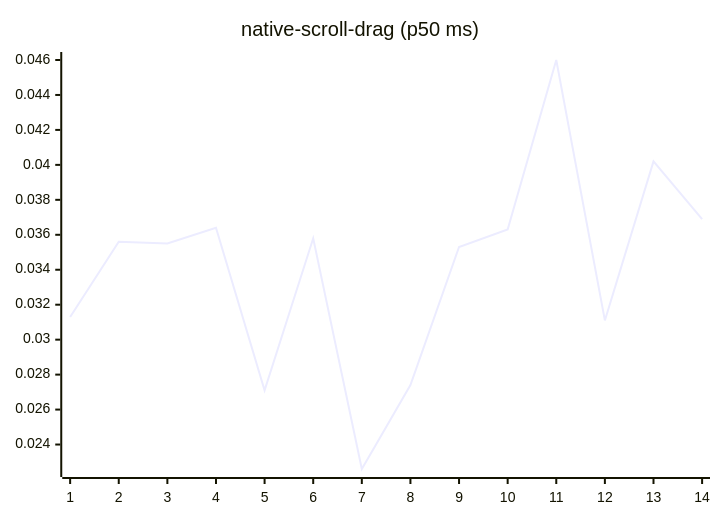
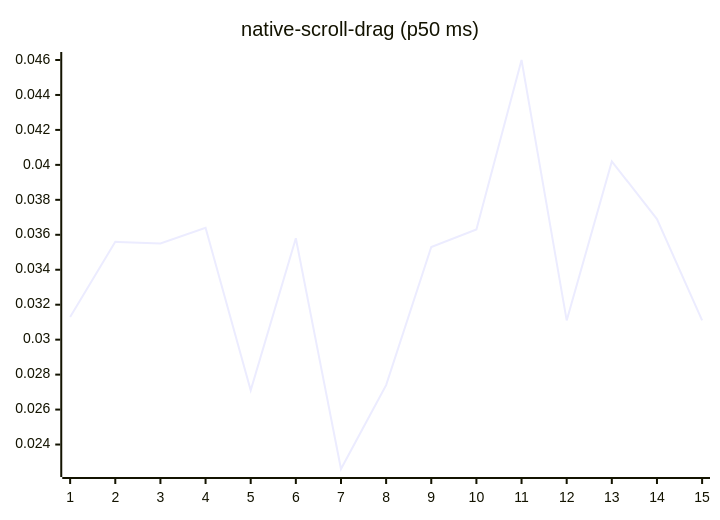
Before and after one commit to josha/Facet: diagram 14 of 27 in README.md, drawn with Mermaid. The commit also changed other lines of this file and 2 other files, not shown here.

````diff
--- a/README.md
+++ b/README.md
@@ -154,6 +154,6 @@
 ```mermaid
 xychart-beta
     title "native-scroll-drag (p50 ms)"
-    x-axis 1 --> 14
-    line [0.0313, 0.0356, 0.0355, 0.0364, 0.0271, 0.0358, 0.0226, 0.0274, 0.0353, 0.0363, 0.0460, 0.0311, 0.0402, 0.0369]
+    x-axis 1 --> 15
+    line [0.0313, 0.0356, 0.0355, 0.0364, 0.0271, 0.0358, 0.0226, 0.0274, 0.0353, 0.0363, 0.0460, 0.0311, 0.0402, 0.0369, 0.0311]
 ```
````
